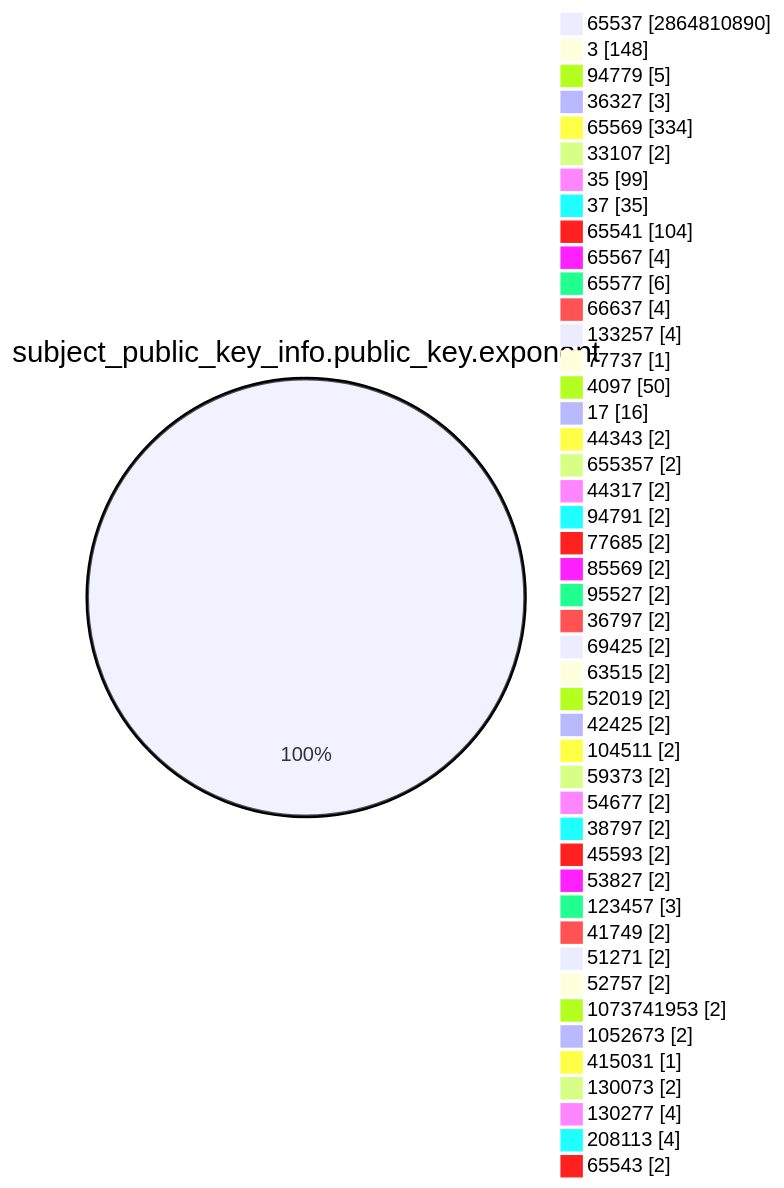
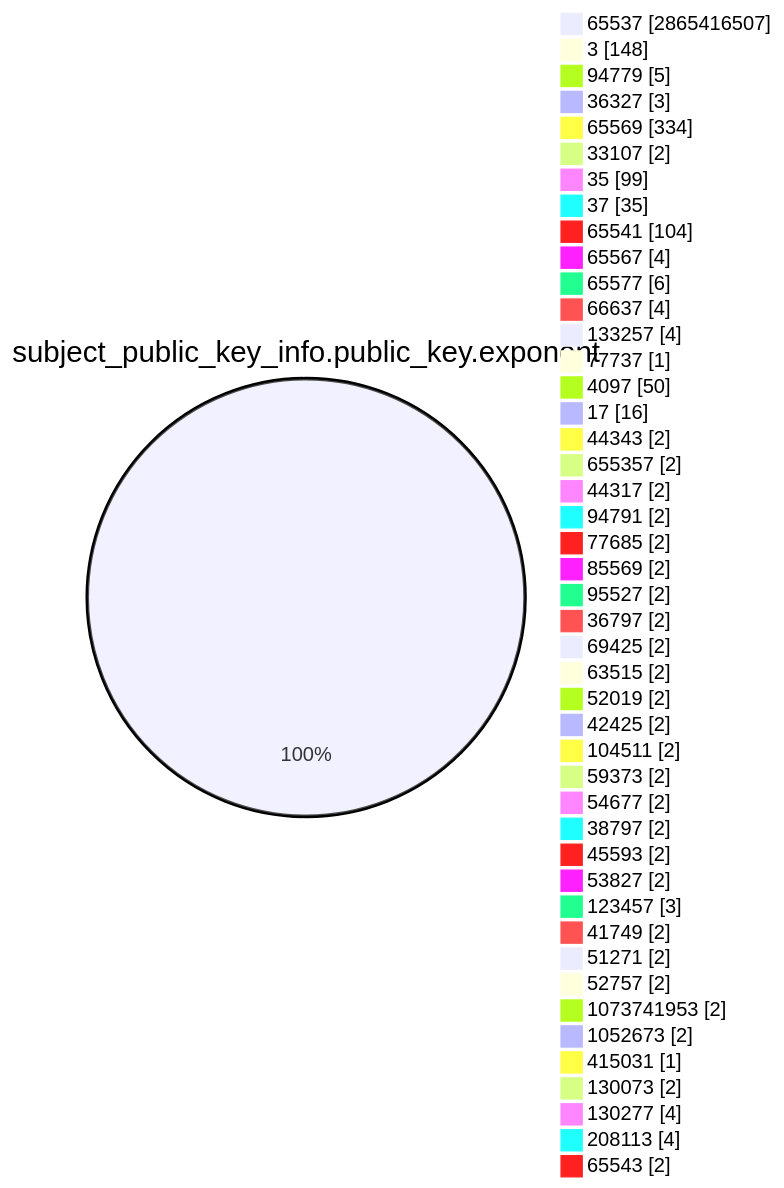
Before and after one commit to christiankrug/ctmonitor_visualization: the fourth of 15 diagrams in TOTAL/README.md, drawn with Mermaid. The commit also changed other lines of this file, not shown here.

````diff
--- a/TOTAL/README.md
+++ b/TOTAL/README.md
@@ -1468,49 +1468,49 @@
 ```mermaid
 pie showData
 title subject_public_key_info.public_key.exponent
-"65537" :2864810890
+"65537" :2865416507
 "3" :148
 "94779" :5
 "36327" :3
 "65569" :334
 "33107" :2
 "35" :99
 "37" :35
 "65541" :104
 "65567" :4
 "65577" :6
 "66637" :4
 "133257" :4
 "77737" :1
 "4097" :50
 "17" :16
 "44343" :2
 "655357" :2
 "44317" :2
 "94791" :2
 "77685" :2
 "85569" :2
 "95527" :2
 "36797" :2
 "69425" :2
 "63515" :2
 "52019" :2
 "42425" :2
 "104511" :2
 "59373" :2
 "54677" :2
 "38797" :2
 "45593" :2
 "53827" :2
 "123457" :3
 "41749" :2
 "51271" :2
 "52757" :2
 "1073741953" :2
 "1052673" :2
 "415031" :1
 "130073" :2
 "130277" :4
 "208113" :4
 "65543" :2
 ```
````
